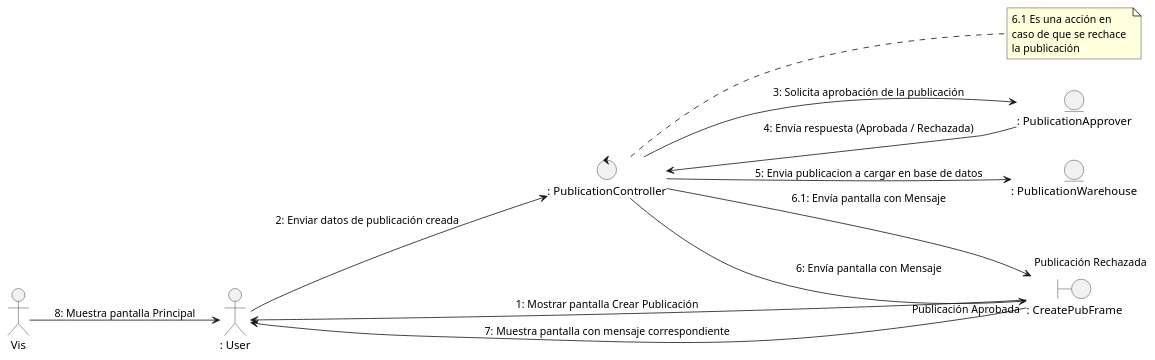
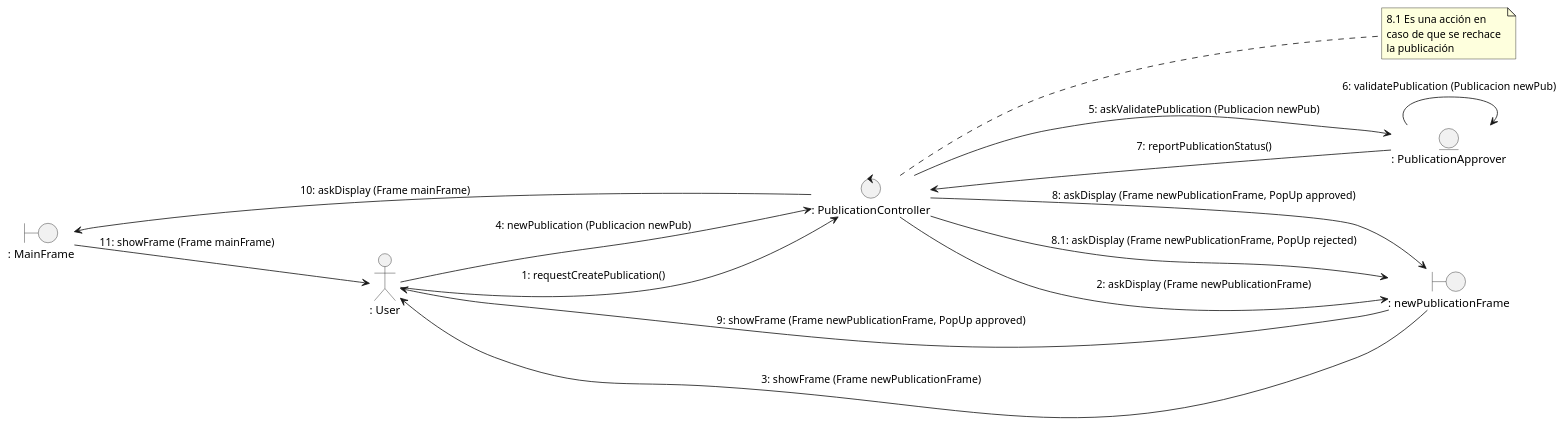
Before and after one commit to Danfloca02/ProyectoFacUpdate: the diagram in docs/logicalView/analysisView/usecaseAnalysis/collaborationDiagram/PlantUML/uc3_createPublication.plantuml, drawn with PlantUML. The commit also changed 7 other files, not shown here.

Commit message:
New changes to collaboration diagrams

```diff
--- a/docs/logicalView/analysisView/usecaseAnalysis/collaborationDiagram/PlantUML/uc3_createPublication.plantuml
+++ b/docs/logicalView/analysisView/usecaseAnalysis/collaborationDiagram/PlantUML/uc3_createPublication.plantuml
@@ -1,28 +1,31 @@
 @startuml uc3_createPublication
 
 left to right direction
 
 actor ": User" as user
 
 entity ": PublicationApprover" as mod
-entity ": PublicationWarehouse" as pw
-boundary ": CreatePubFrame" as vis
+boundary ": newPublicationFrame" as vis
+boundary ": MainFrame" as main
 control ": PublicationController" as con
 
 note right of con
-    6.1 Es una acción en 
+    8.1 Es una acción en 
     caso de que se rechace 
     la publicación 
 end note
 
-vis --> user : 1: Mostrar pantalla Crear Publicación
-user --> con : 2: Enviar datos de publicación creada
-con --> mod : 3: Solicita aprobación de la publicación
-mod --> con : 4: Envía respuesta (Aprobada / Rechazada)
-con --> pw : 5: Envia publicacion a cargar en base de datos
-con --> vis : 6: Envía pantalla con Mensaje "Publicación Aprobada"
-con --> vis : 6.1: Envía pantalla con Mensaje "Publicación Rechazada"
-vis --> user : 7: Muestra pantalla con mensaje correspondiente
-Vis --> user : 8: Muestra pantalla Principal
+user --> con : 1: requestCreatePublication()
+con --> vis : 2: askDisplay (Frame newPublicationFrame)
+vis --> user : 3: showFrame (Frame newPublicationFrame)
+user --> con : 4: newPublication (Publicacion newPub)
+con --> mod : 5: askValidatePublication (Publicacion newPub)
+mod --> mod : 6: validatePublication (Publicacion newPub)
+mod --> con : 7: reportPublicationStatus()
+con --> vis : 8: askDisplay (Frame newPublicationFrame, PopUp approved)
+con --> vis : 8.1: askDisplay (Frame newPublicationFrame, PopUp rejected)
+vis --> user : 9: showFrame (Frame newPublicationFrame, PopUp approved)
+con -up-> main : 10: askDisplay (Frame mainFrame)
+main --> user : 11: showFrame (Frame mainFrame)
 
 @enduml
```
